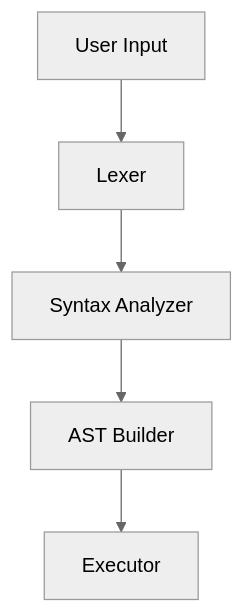
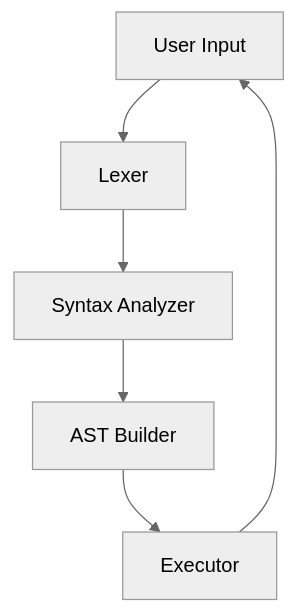
One commit to oJonasRtz/minishell changed the second of 6 diagrams in Readme.md. Above: the diagram before and after it, drawn with Mermaid (neutral theme).

Commit message:
Modify flowchart to include program lifecycle
Updated flowchart to show the program lifecycle.

````diff
--- a/Readme.md
+++ b/Readme.md
@@ -60,7 +60,7 @@
 ```mermaid
 flowchart TD
     A[User Input] --> B[Lexer]
     B --> C[Syntax Analyzer]
     C --> D[AST Builder]
-    D --> E[Executor]
+    D --> E[Executor] --> A
 ```
````
